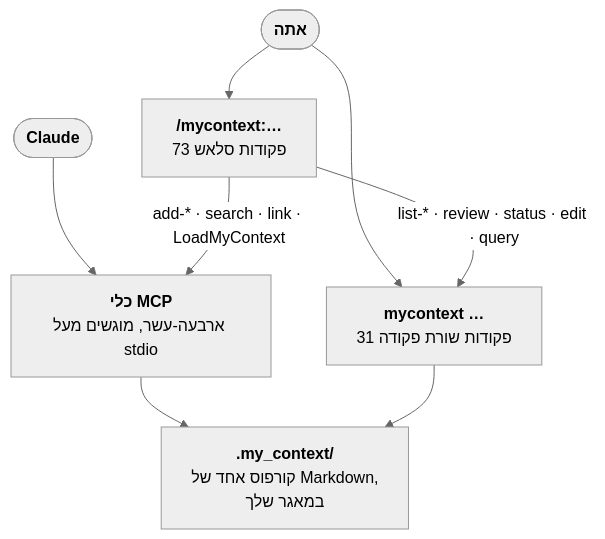
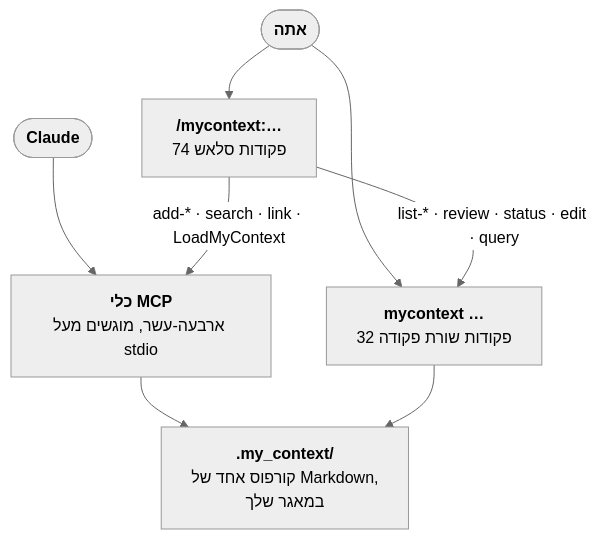
One commit to Dudi-Bar-On/my-context changed the fourth of 5 diagrams in docs/README.he.md. Above: the diagram before and after it, drawn with Mermaid (neutral theme). The commit also changed other lines of this file and 13 other files, not shown here.

````diff
--- a/docs/README.he.md
+++ b/docs/README.he.md
@@ -1871,10 +1871,10 @@
 ```mermaid
 flowchart TB
-  U(["<b>אתה</b>"]) --> SL["<b>/mycontext:…</b><br/>73 פקודות סלאש"]
-  U --> CL["<b>mycontext …</b><br/>31 פקודות שורת פקודה"]
+  U(["<b>אתה</b>"]) --> SL["<b>/mycontext:…</b><br/>74 פקודות סלאש"]
+  U --> CL["<b>mycontext …</b><br/>32 פקודות שורת פקודה"]
   A(["<b>Claude</b>"]) --> TL["<b>כלי MCP</b><br/>ארבעה-עשר, מוגשים מעל stdio"]
   SL -->|"add-* · search · link · LoadMyContext"| TL
   SL -->|"list-* · review · status · edit · query"| CL
   TL --> CO["<b>.my_context/</b><br/>קורפוס אחד של Markdown,<br/>במאגר שלך"]
   CL --> CO
 ```
````
